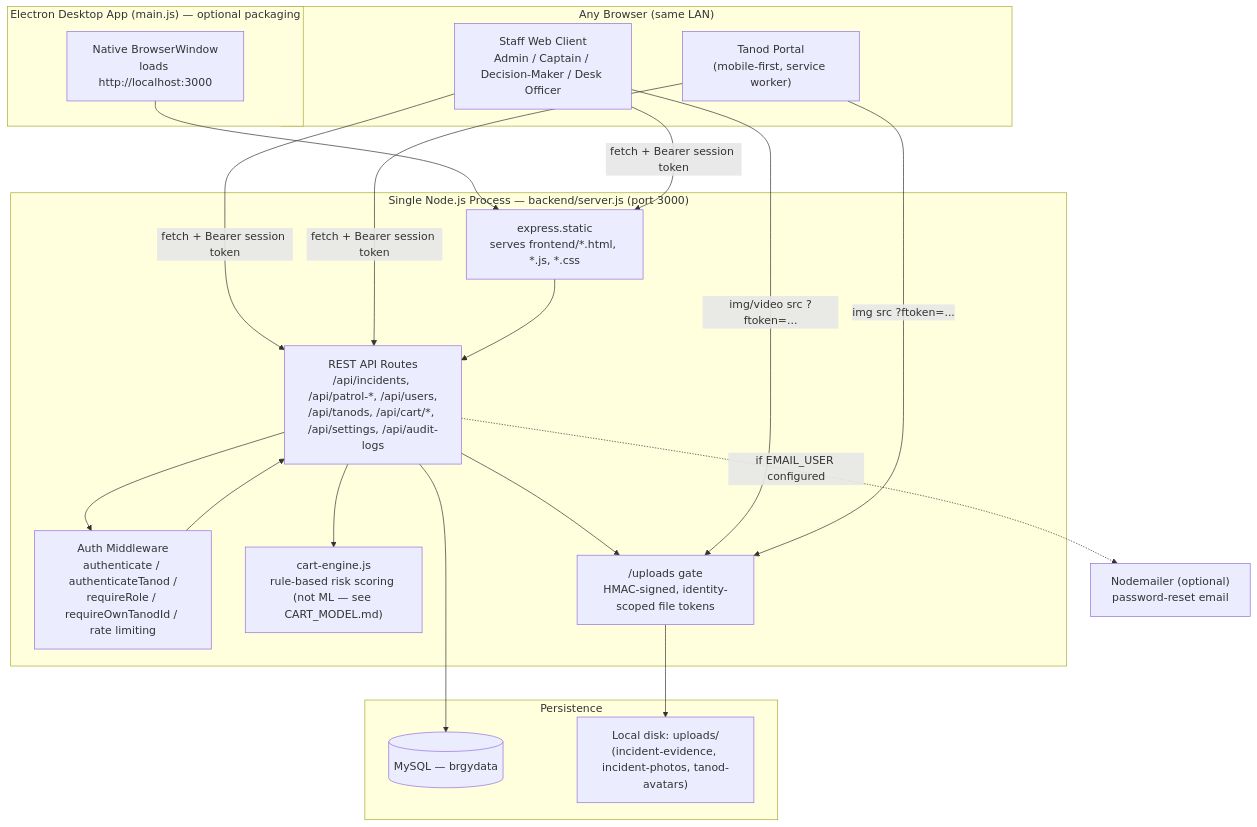
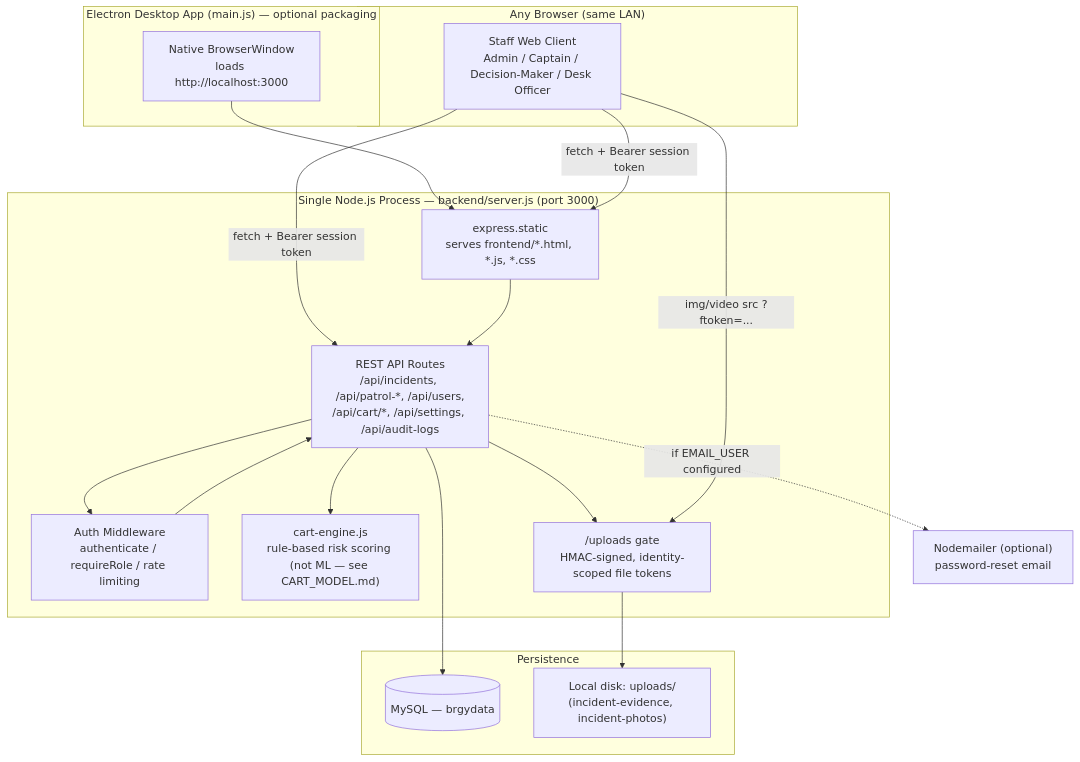
One commit to pinarelix/Capstone-Final changed the first of 2 diagrams in docs/ARCHITECTURE.md. Above: the diagram before and after it, drawn with Mermaid. The commit also changed other lines of this file and 31 other files, not shown here.

Commit message:
Remove Tanod user type, UI, and API

````diff
--- a/docs/ARCHITECTURE.md
+++ b/docs/ARCHITECTURE.md
@@ -18,41 +17,38 @@
 ```mermaid
 flowchart TB
     subgraph Desktop["Electron Desktop App (main.js) — optional packaging"]
         BrowserWindow["Native BrowserWindow\nloads http://localhost:3000"]
     end
 
     subgraph Clients["Any Browser (same LAN)"]
         StaffUI["Staff Web Client\nAdmin / Captain / Decision-Maker / Desk Officer"]
-        TanodUI["Tanod Portal\n(mobile-first, service worker)"]
     end
 
     subgraph Node["Single Node.js Process — backend/server.js (port 3000)"]
         Static["express.static\nserves frontend/*.html, *.js, *.css"]
-        API["REST API Routes\n/api/incidents, /api/patrol-*, /api/users,\n/api/tanods, /api/cart/*, /api/settings, /api/audit-logs"]
-        AuthMW["Auth Middleware\nauthenticate / authenticateTanod /\nrequireRole / requireOwnTanodId / rate limiting"]
+        API["REST API Routes\n/api/incidents, /api/patrol-*, /api/users,\n/api/cart/*, /api/settings, /api/audit-logs"]
+        AuthMW["Auth Middleware\nauthenticate / requireRole / rate limiting"]
         CARTEngine["cart-engine.js\nrule-based risk scoring (not ML — see CART_MODEL.md)"]
         FileGate["/uploads gate\nHMAC-signed, identity-scoped file tokens"]
     end
 
     subgraph Storage["Persistence"]
         MySQL[("MySQL — brgydata")]
-        Files["Local disk: uploads/\n(incident-evidence, incident-photos, tanod-avatars)"]
+        Files["Local disk: uploads/\n(incident-evidence, incident-photos)"]
     end
 
     Mail["Nodemailer (optional)\npassword-reset email"]
 
     BrowserWindow --> Static
     StaffUI -->|"fetch + Bearer session token"| Static
     StaffUI -->|"fetch + Bearer session token"| API
-    TanodUI -->|"fetch + Bearer session token"| API
     Static --> API
     API --> AuthMW
     AuthMW --> API
     API --> CARTEngine
     API --> MySQL
     API -.->|"if EMAIL_USER configured"| Mail
     API --> FileGate
     FileGate --> Files
     StaffUI -->|"img/video src ?ftoken=..."| FileGate
-    TanodUI -->|"img src ?ftoken=..."| FileGate
 ```
````
